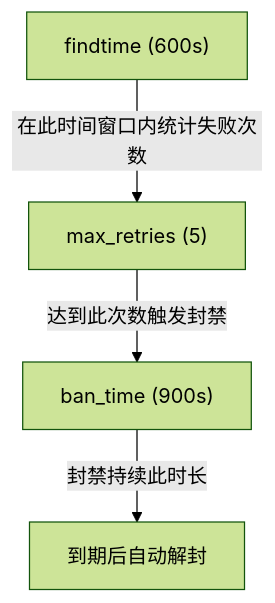
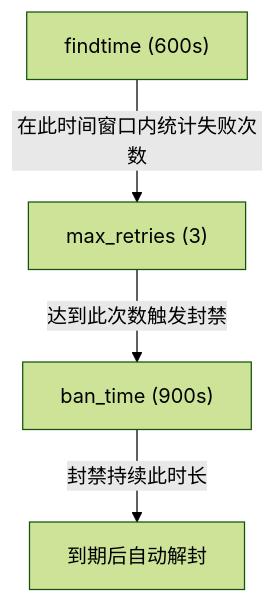
The first of 2 diagrams in docs/zh/configuration/yaml-config.md (SnowCore8/linux-firewall-kmod), drawn with Mermaid (forest theme) before and after one commit. The commit also changed 7 other files, not shown here.

````diff
--- a/docs/zh/configuration/yaml-config.md
+++ b/docs/zh/configuration/yaml-config.md
@@ -55,6 +55,6 @@
 ```mermaid
 graph TB
-    A["findtime (600s)"] -->|"在此时间窗口内统计失败次数"| B["max_retries (5)"]
+    A["findtime (600s)"] -->|"在此时间窗口内统计失败次数"| B["max_retries (3)"]
     B -->|"达到此次数触发封禁"| C["ban_time (900s)"]
     C -->|"封禁持续此时长"| D["到期后自动解封"]
 ```
````
